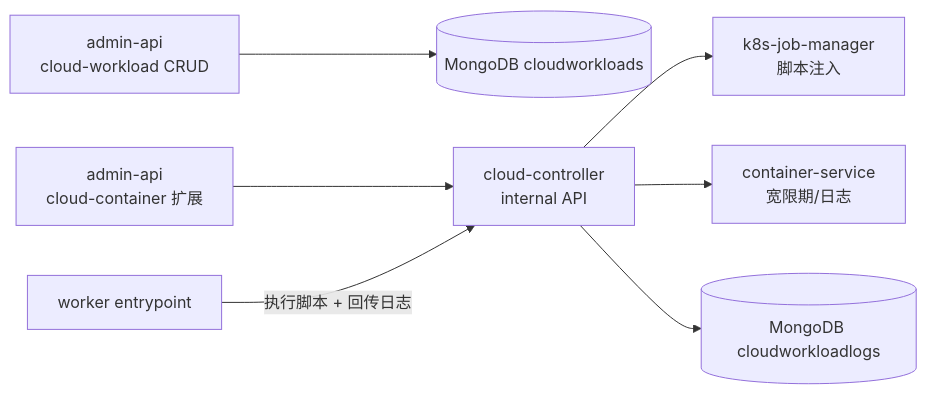
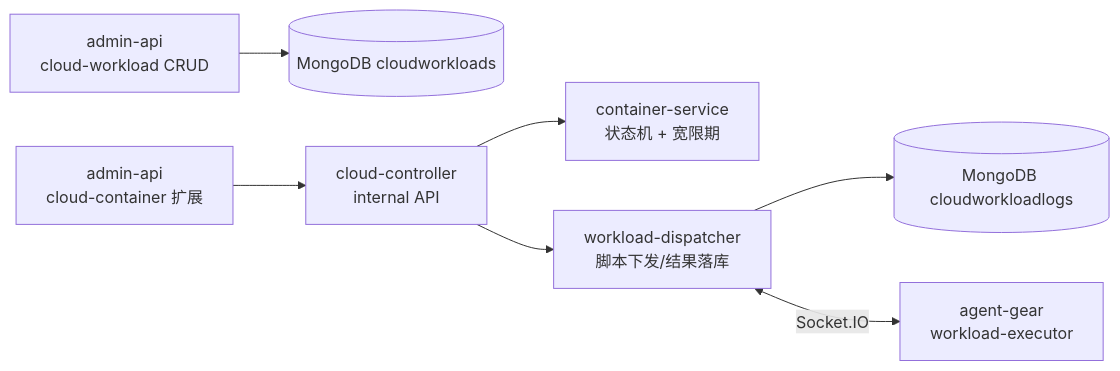
One commit to Deliay/z-agent-gear changed the second of 4 diagrams in docs/engineering/proposals/20261017-feat-cloud-controller-workload.md. Above: the diagram before and after it, drawn with Mermaid. The commit also changed other lines of this file and 1 other file, not shown here.

````diff
--- a/docs/engineering/proposals/20261017-feat-cloud-controller-workload.md
+++ b/docs/engineering/proposals/20261017-feat-cloud-controller-workload.md
@@ -68,9 +71,9 @@
 ```mermaid
 graph LR
     A[admin-api<br/>cloud-workload CRUD] --> B[(MongoDB cloudworkloads)]
     C[admin-api<br/>cloud-container 扩展] --> D[cloud-controller<br/>internal API]
-    D --> E[k8s-job-manager<br/>脚本注入]
-    D --> F[container-service<br/>宽限期/日志]
-    G[worker entrypoint] -->|执行脚本 + 回传日志| D
-    D --> H[(MongoDB cloudworkloadlogs)]
+    D --> E[container-service<br/>状态机 + 宽限期]
+    D --> F[workload-dispatcher<br/>脚本下发/结果落库]
+    F --> G[(MongoDB cloudworkloadlogs)]
+    F <-->|Socket.IO| H[agent-gear<br/>workload-executor]
 ```
````
